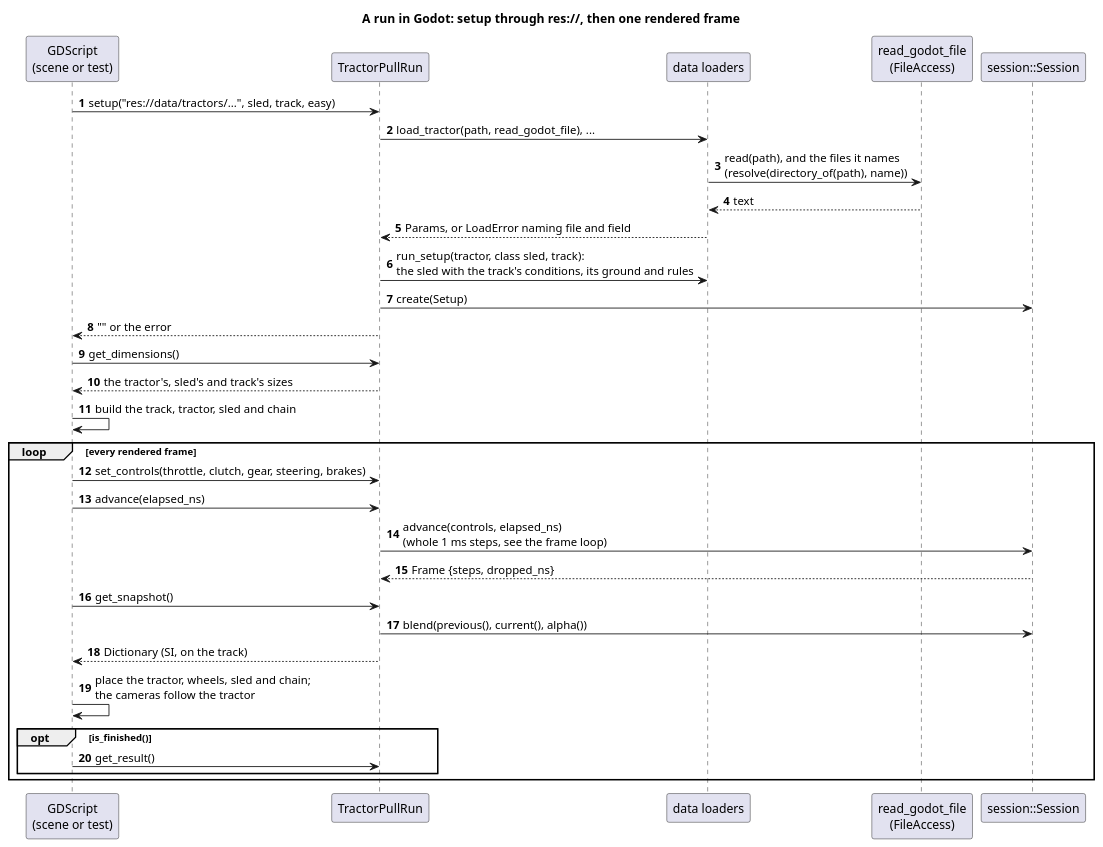
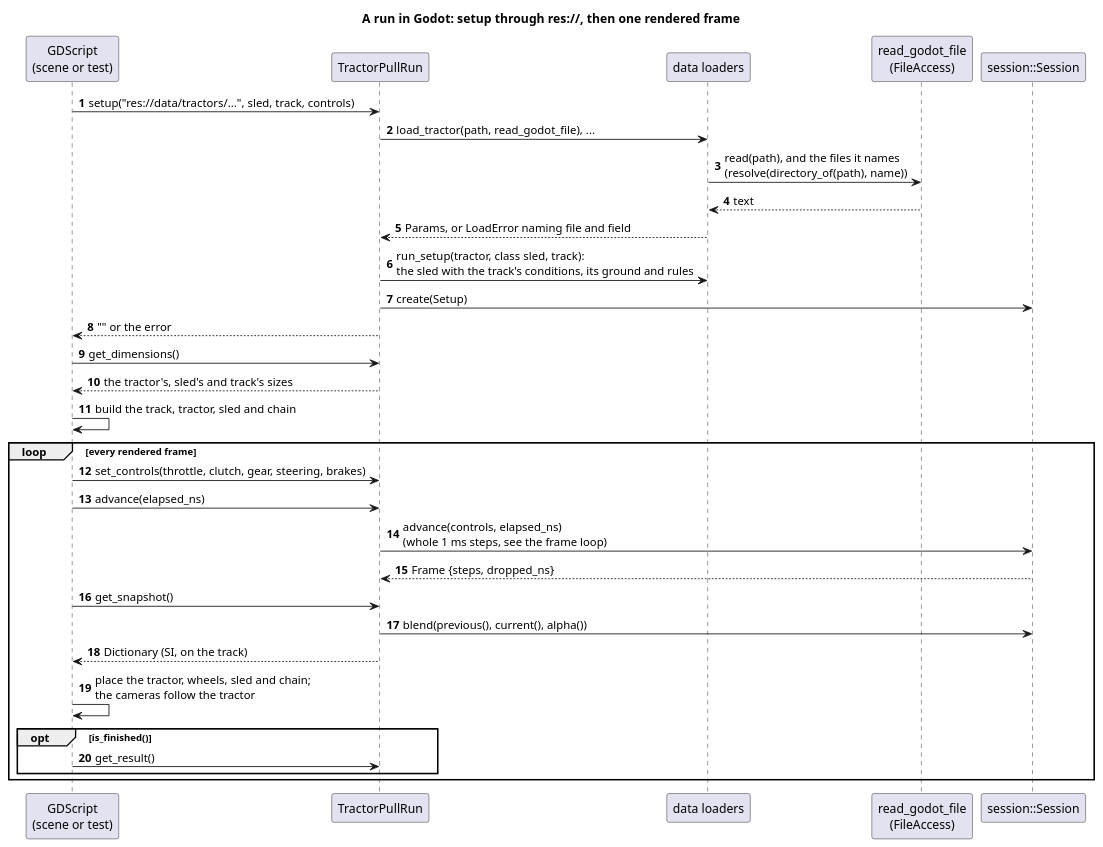
The diagram in docs/diagrams/godot_frame_sequence.puml (wversteeg/TractorPulling), drawn with PlantUML before and after one commit. The commit also changed 9 other files, not shown here.

First line of the commit message:
Docs and diagrams for the pro layout

```diff
--- a/docs/diagrams/godot_frame_sequence.puml
+++ b/docs/diagrams/godot_frame_sequence.puml
@@ -1,35 +1,35 @@
 @startuml godot_frame_sequence
 title A run in Godot: setup through res://, then one rendered frame
 autonumber
 participant "GDScript\n(scene or test)" as Script
 participant "TractorPullRun" as Run
 participant "data loaders" as Load
 participant "read_godot_file\n(FileAccess)" as Files
 participant "session::Session" as Session
 
-Script -> Run : setup("res://data/tractors/...", sled, track, easy)
+Script -> Run : setup("res://data/tractors/...", sled, track, controls)
 Run -> Load : load_tractor(path, read_godot_file), ...
 Load -> Files : read(path), and the files it names\n(resolve(directory_of(path), name))
 Files --> Load : text
 Load --> Run : Params, or LoadError naming file and field
 Run -> Load : run_setup(tractor, class sled, track):\nthe sled with the track's conditions, its ground and rules
 Run -> Session : create(Setup)
 Run --> Script : "" or the error
 Script -> Run : get_dimensions()
 Run --> Script : the tractor's, sled's and track's sizes
 Script -> Script : build the track, tractor, sled and chain
 
 loop every rendered frame
   Script -> Run : set_controls(throttle, clutch, gear, steering, brakes)
   Script -> Run : advance(elapsed_ns)
   Run -> Session : advance(controls, elapsed_ns)\n(whole 1 ms steps, see the frame loop)
   Session --> Run : Frame {steps, dropped_ns}
   Script -> Run : get_snapshot()
   Run -> Session : blend(previous(), current(), alpha())
   Run --> Script : Dictionary (SI, on the track)
   Script -> Script : place the tractor, wheels, sled and chain;\nthe cameras follow the tractor
   opt is_finished()
     Script -> Run : get_result()
   end
 end
 @enduml
```
